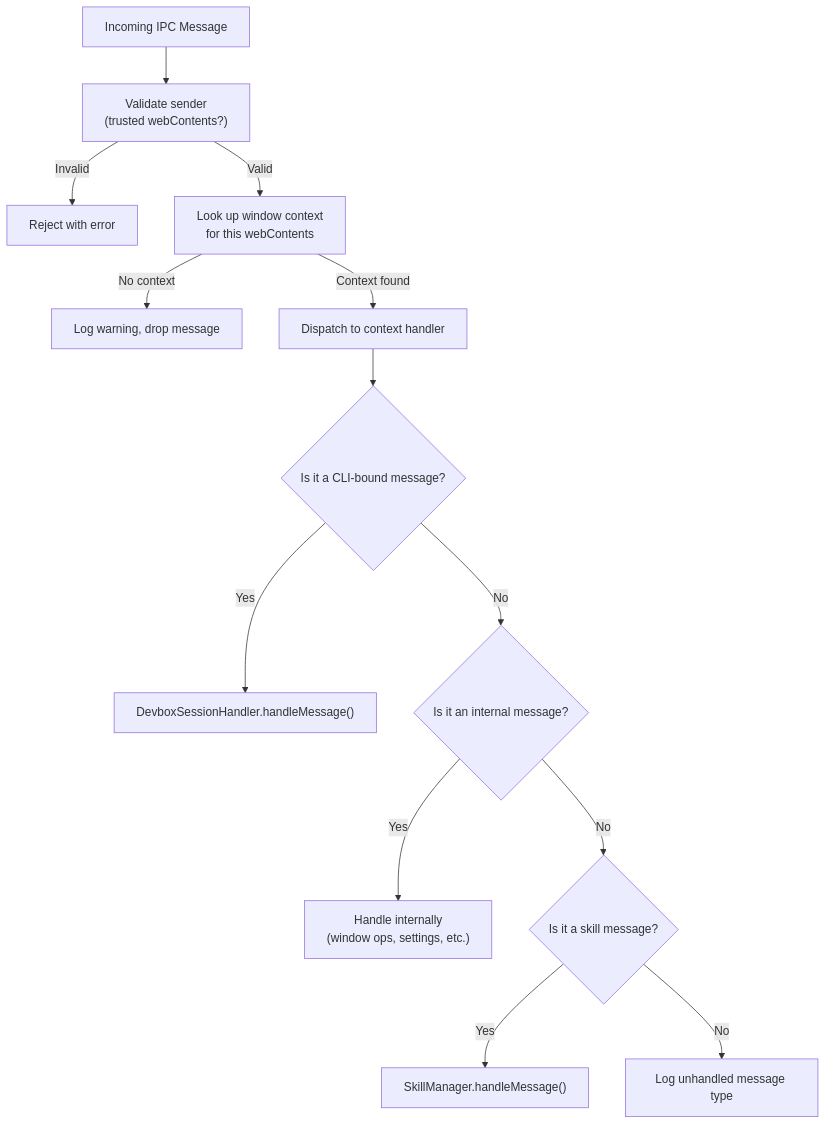
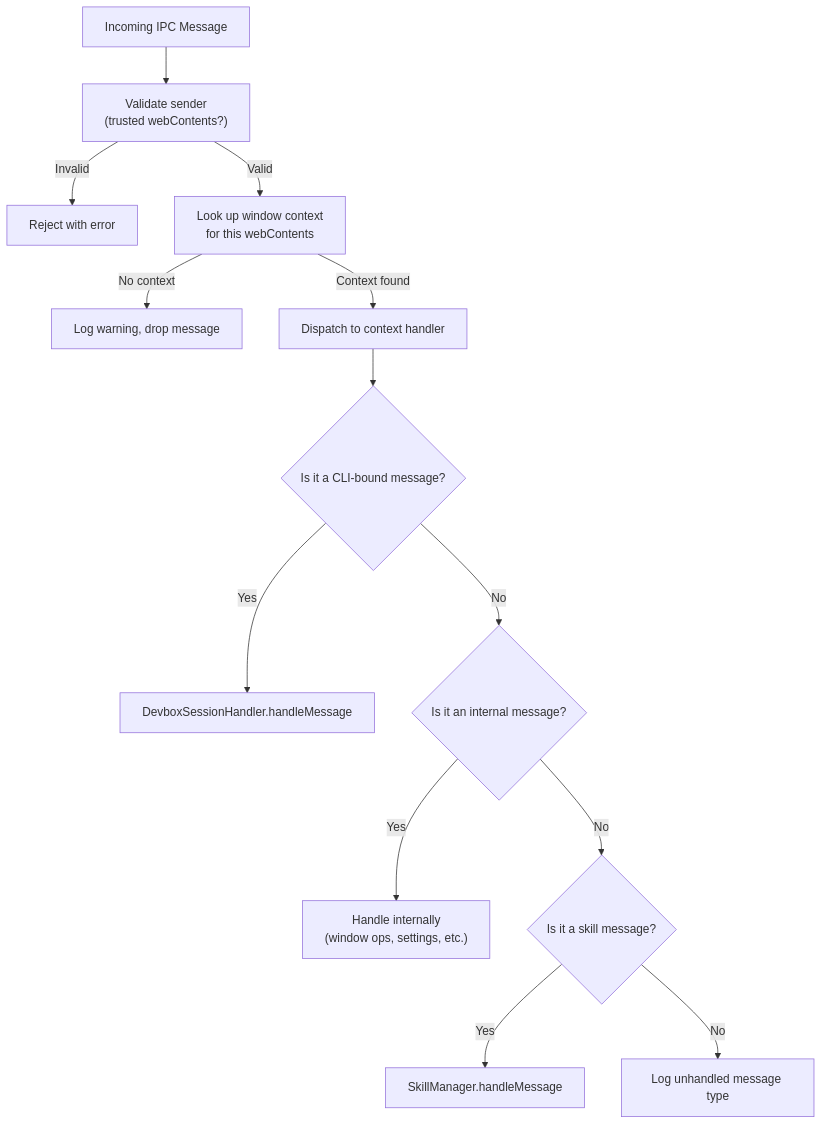
The second of 2 diagrams in 05-ipc-protocol.md (ChrisFeldmeier/codex-research), drawn with Mermaid before and after one commit. The commit also changed other lines of this file and 14 other files, not shown here.

Commit message:
Refactor mermaid diagrams to flowchart syntax and enhance label descriptions across multiple documentation files

````diff
--- a/05-ipc-protocol.md
+++ b/05-ipc-protocol.md
@@ -89,17 +89,17 @@
 ```mermaid
 flowchart TD
     MSG["Incoming IPC Message"]
     MSG --> VALIDATE["Validate sender<br/>(trusted webContents?)"]
     VALIDATE -->|"Invalid"| REJECT["Reject with error"]
     VALIDATE -->|"Valid"| LOOKUP["Look up window context<br/>for this webContents"]
     LOOKUP -->|"No context"| DROP["Log warning, drop message"]
     LOOKUP -->|"Context found"| DISPATCH["Dispatch to context handler"]
 
     DISPATCH --> DSH_CHECK{"Is it a CLI-bound message?"}
-    DSH_CHECK -->|"Yes"| DSH["DevboxSessionHandler.handleMessage()"]
+    DSH_CHECK -->|"Yes"| DSH["DevboxSessionHandler.handleMessage"]
     DSH_CHECK -->|"No"| INTERNAL{"Is it an internal message?"}
     INTERNAL -->|"Yes"| INT_HANDLE["Handle internally<br/>(window ops, settings, etc.)"]
     INTERNAL -->|"No"| SKILL_CHECK{"Is it a skill message?"}
-    SKILL_CHECK -->|"Yes"| SK["SkillManager.handleMessage()"]
+    SKILL_CHECK -->|"Yes"| SK["SkillManager.handleMessage"]
     SKILL_CHECK -->|"No"| UNKNOWN["Log unhandled message type"]
 ```
````
